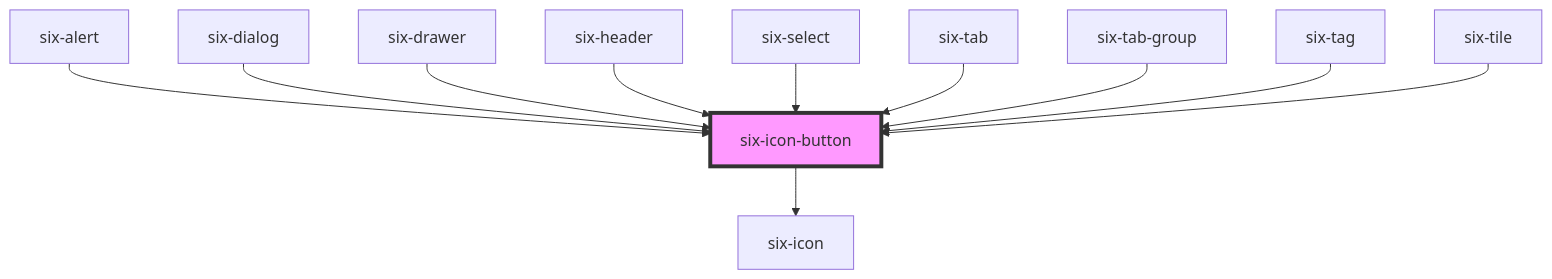
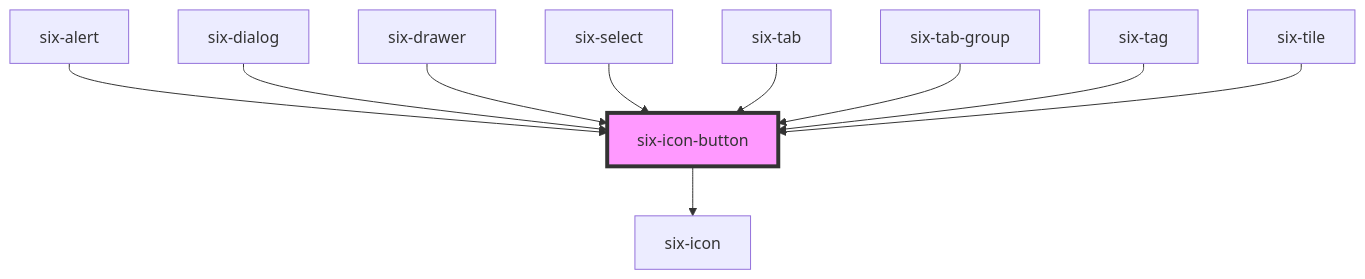
The diagram in docs/components/six-icon-button.md (six-group/six-webcomponents), drawn with Mermaid before and after one commit. The commit also changed other lines of this file and 53 other files, not shown here.

Commit message:
feat: additional props for six-header-dropdown and six-header-menu-button

````diff
--- a/docs/components/six-icon-button.md
+++ b/docs/components/six-icon-button.md
@@ -211,14 +210,13 @@
 ```mermaid
 graph TD;
   six-icon-button --> six-icon
   six-alert --> six-icon-button
   six-dialog --> six-icon-button
   six-drawer --> six-icon-button
-  six-header --> six-icon-button
   six-select --> six-icon-button
   six-tab --> six-icon-button
   six-tab-group --> six-icon-button
   six-tag --> six-icon-button
   six-tile --> six-icon-button
   style six-icon-button fill:#f9f,stroke:#333,stroke-width:4px
 ```
````
